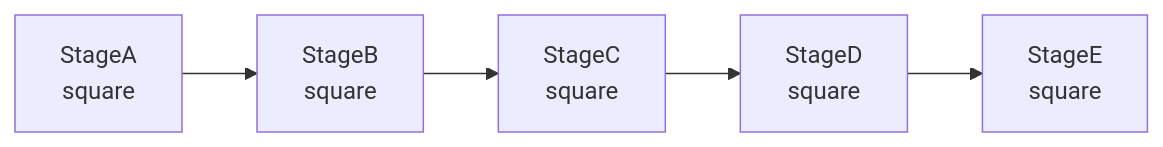
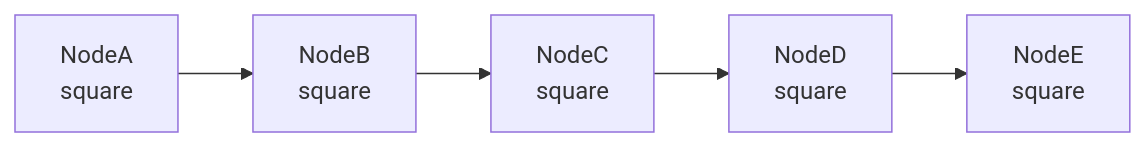
The first of 10 diagrams in docs/en/demo/demo_structure.md (Mr-xiaotian/CelestialFlow), drawn with Mermaid before and after one commit. The commit also changed other lines of this file and 211 other files, not shown here.

````diff
--- a/docs/en/demo/demo_structure.md
+++ b/docs/en/demo/demo_structure.md
@@ -25,7 +26,7 @@
 ```mermaid
 flowchart LR
-    A["StageA<br/>square"] --> B["StageB<br/>square"]
-    B --> C["StageC<br/>square"]
-    C --> D["StageD<br/>square"]
-    D --> E["StageE<br/>square"]
+    A["NodeA<br/>square"] --> B["NodeB<br/>square"]
+    B --> C["NodeC<br/>square"]
+    C --> D["NodeD<br/>square"]
+    D --> E["NodeE<br/>square"]
 ```
````
